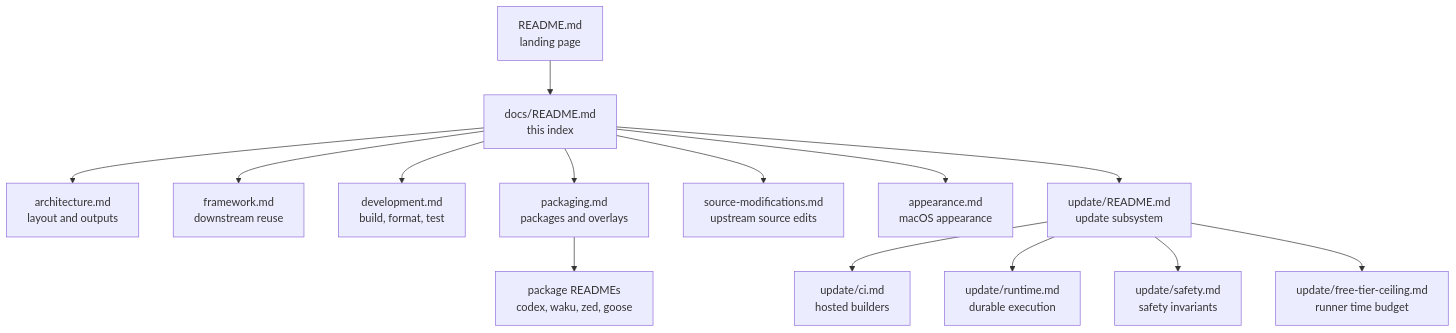
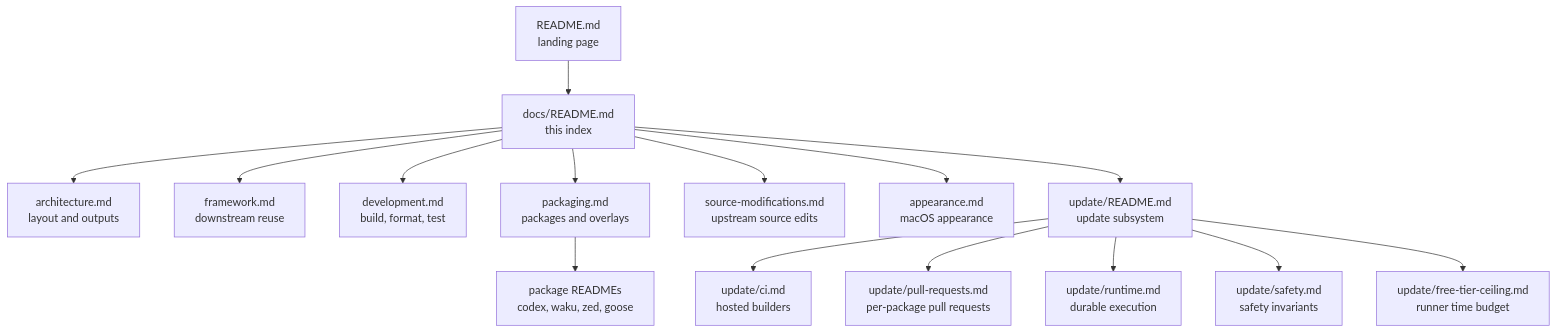
The diagram in docs/README.md (gkze/nixcfg), drawn with Mermaid before and after one commit. The commit also changed other lines of this file and 26 other files, not shown here.

First line of the commit message:
feat(update): open one pull request per upstream bump (#417)

````diff
--- a/docs/README.md
+++ b/docs/README.md
@@ -8,16 +8,17 @@
 ```mermaid
 flowchart TD
   root["README.md<br/>landing page"] --> index["docs/README.md<br/>this index"]
   index --> arch["architecture.md<br/>layout and outputs"]
   index --> fw["framework.md<br/>downstream reuse"]
   index --> dev["development.md<br/>build, format, test"]
   index --> pkg["packaging.md<br/>packages and overlays"]
   index --> srcmod["source-modifications.md<br/>upstream source edits"]
   index --> appear["appearance.md<br/>macOS appearance"]
   index --> upd["update/README.md<br/>update subsystem"]
   upd --> updci["update/ci.md<br/>hosted builders"]
+  upd --> updpr["update/pull-requests.md<br/>per-package pull requests"]
   upd --> updrt["update/runtime.md<br/>durable execution"]
   upd --> updsafe["update/safety.md<br/>safety invariants"]
   upd --> updfree["update/free-tier-ceiling.md<br/>runner time budget"]
   pkg --> examples["package READMEs<br/>codex, waku, zed, goose"]
 ```
````
